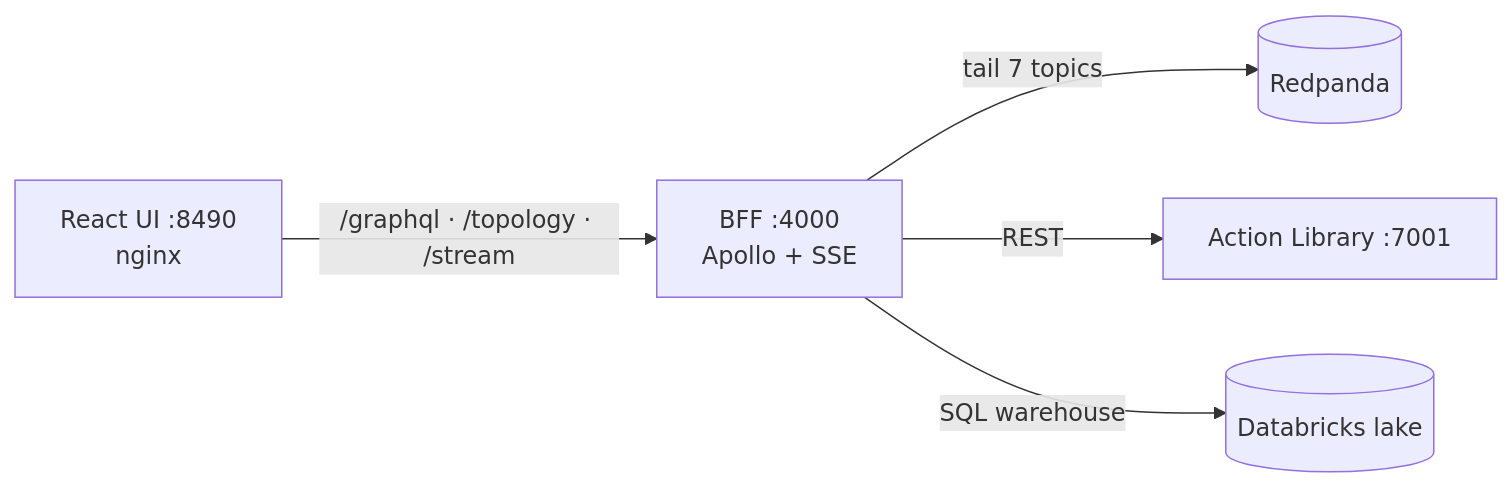
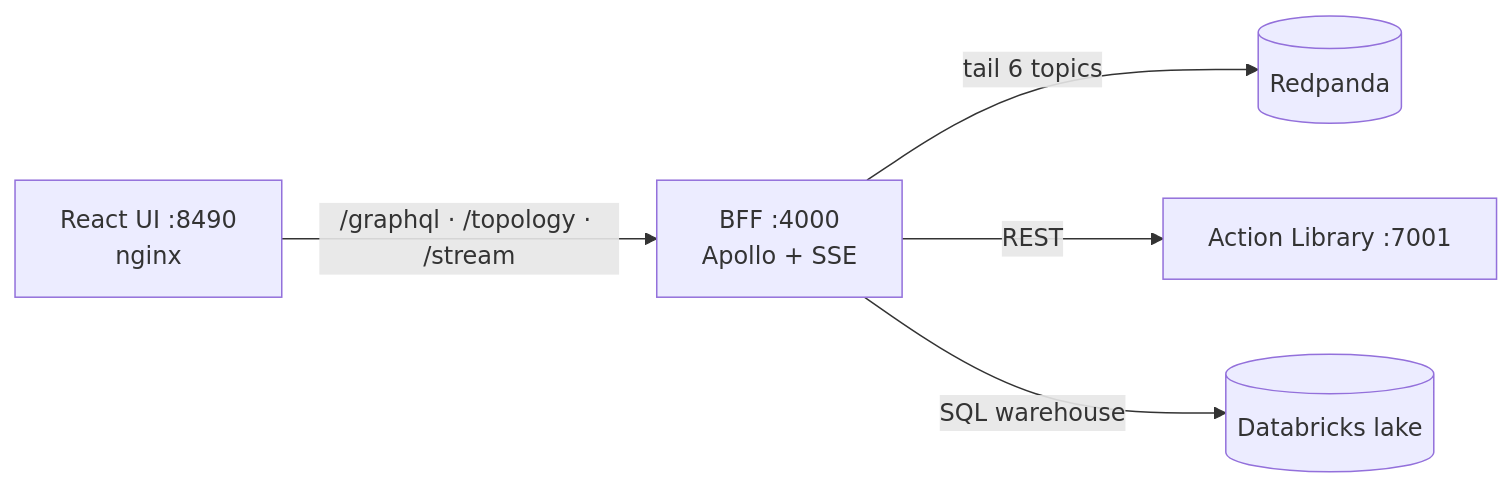
One commit to joshuadmatthews/nba-poc changed the diagram in nba/docs/07-command-center.md. Above: the diagram before and after it, drawn with Mermaid. The commit also changed other lines of this file and 14 other files, not shown here.

````diff
--- a/nba/docs/07-command-center.md
+++ b/nba/docs/07-command-center.md
@@ -5,7 +5,7 @@
 ```mermaid
 flowchart LR
     UI[React UI :8490<br/>nginx] -->|/graphql · /topology · /stream| BFF[BFF :4000<br/>Apollo + SSE]
-    BFF -->|tail 7 topics| K[(Redpanda)]
+    BFF -->|tail 6 topics| K[(Redpanda)]
     BFF -->|REST| AL[Action Library :7001]
     BFF -->|SQL warehouse| DBX[(Databricks lake)]
 ```
````
